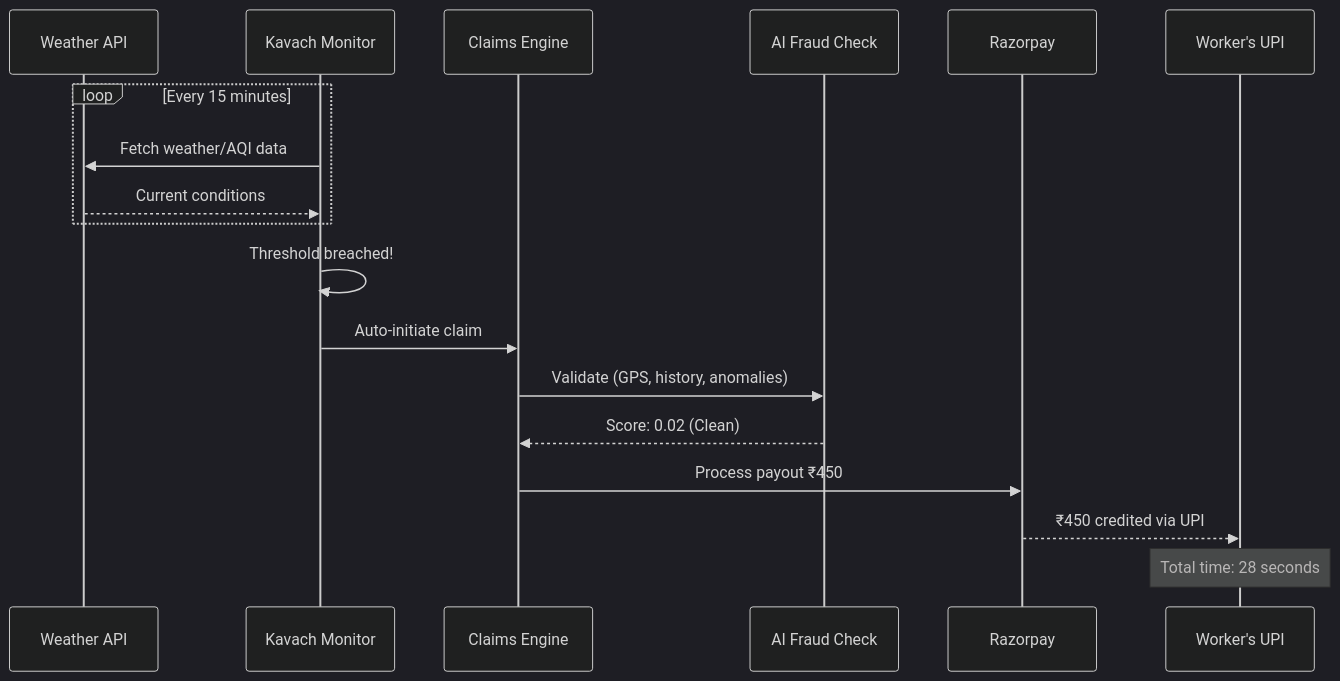
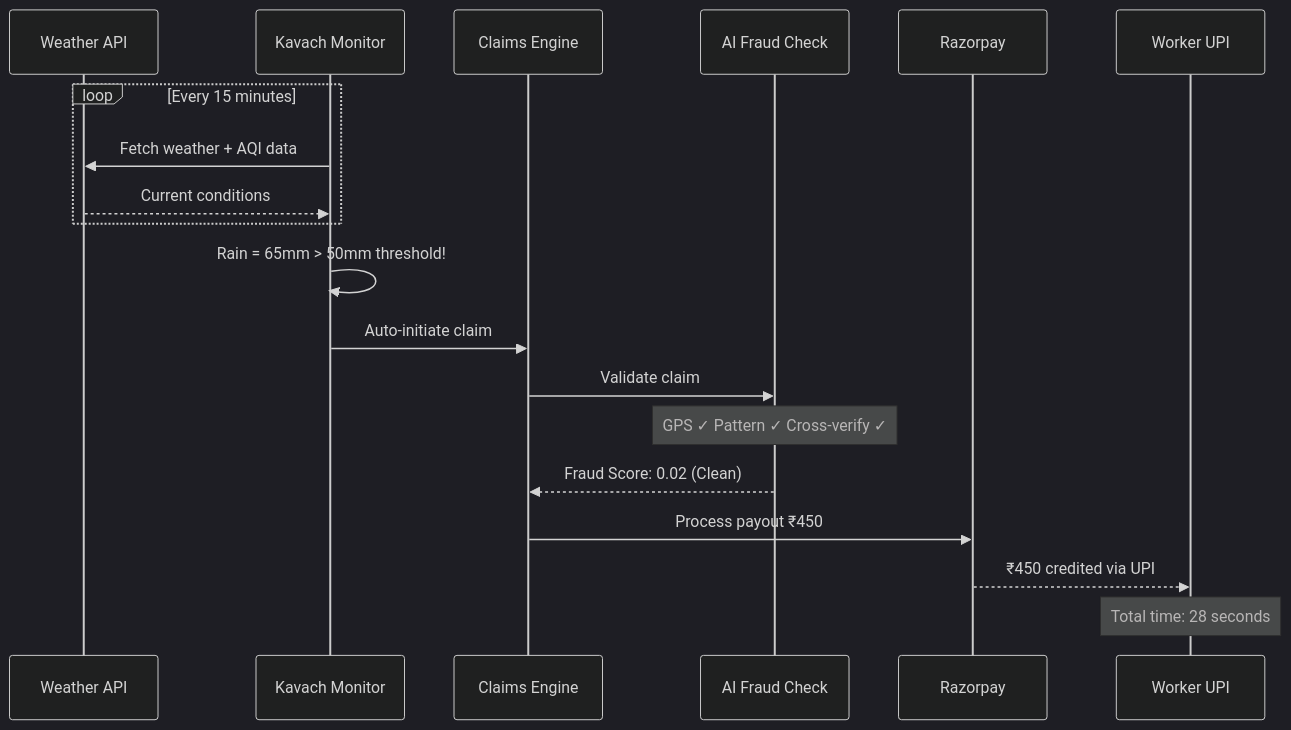
One commit to DunakaChetan/Kavach-GW changed the sixth of 9 diagrams in README.md. Above: the diagram before and after it, drawn with Mermaid (dark theme). The commit also changed other lines of this file and 1 other file, not shown here.

````diff
--- a/README.md
+++ b/README.md
@@ -171,22 +284,23 @@
 ```mermaid
 sequenceDiagram
     participant API as Weather API
     participant Monitor as Kavach Monitor
     participant Engine as Claims Engine
     participant AI as AI Fraud Check
     participant Pay as Razorpay
-    participant Worker as Worker's UPI
+    participant Worker as Worker UPI
 
     loop Every 15 minutes
-        Monitor->>API: Fetch weather/AQI data
+        Monitor->>API: Fetch weather + AQI data
         API-->>Monitor: Current conditions
     end
 
-    Monitor->>Monitor: Threshold breached!
+    Monitor->>Monitor: Rain = 65mm > 50mm threshold!
     Monitor->>Engine: Auto-initiate claim
-    Engine->>AI: Validate (GPS, history, anomalies)
-    AI-->>Engine: Score: 0.02 (Clean)
+    Engine->>AI: Validate claim
+    Note over AI: GPS ✓ Pattern ✓ Cross-verify ✓
+    AI-->>Engine: Fraud Score: 0.02 (Clean)
     Engine->>Pay: Process payout ₹450
     Pay-->>Worker: ₹450 credited via UPI
     Note over Worker: Total time: 28 seconds
 ```
````
